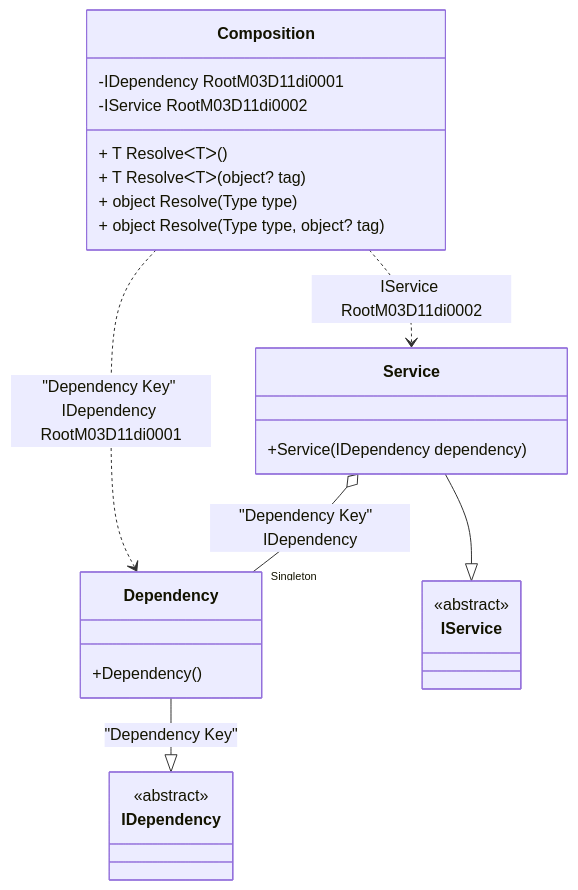
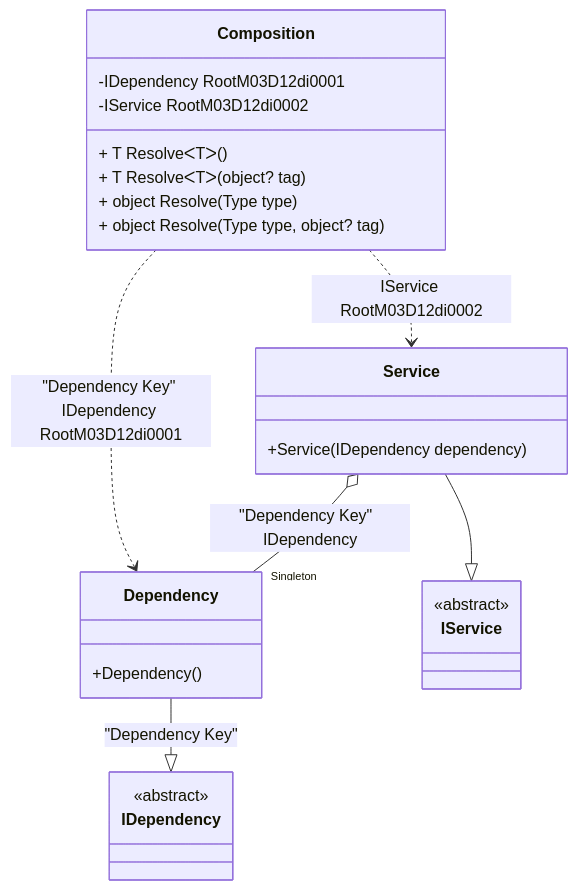
One commit to DevTeam/Pure.DI changed the diagram in readme/service-collection.md. Above: the diagram before and after it, drawn with Mermaid. The commit also changed other lines of this file and 75 other files, not shown here.

````diff
--- a/readme/service-collection.md
+++ b/readme/service-collection.md
@@ -47,28 +47,28 @@
 ```mermaid
 classDiagram
   class Composition {
-    -IDependency RootM03D11di0001
-    -IService RootM03D11di0002
+    -IDependency RootM03D12di0001
+    -IService RootM03D12di0002
     + T ResolveᐸTᐳ()
     + T ResolveᐸTᐳ(object? tag)
     + object Resolve(Type type)
     + object Resolve(Type type, object? tag)
   }
   Dependency --|> IDependency : "Dependency Key" 
   class Dependency {
     +Dependency()
   }
   Service --|> IService : 
   class Service {
     +Service(IDependency dependency)
   }
   class IDependency {
     <<abstract>>
   }
   class IService {
     <<abstract>>
   }
   Service o--  "Singleton" Dependency : "Dependency Key"  IDependency
-  Composition ..> Dependency : "Dependency Key" IDependency RootM03D11di0001
-  Composition ..> Service : IService RootM03D11di0002
+  Composition ..> Dependency : "Dependency Key" IDependency RootM03D12di0001
+  Composition ..> Service : IService RootM03D12di0002
 ```
````
